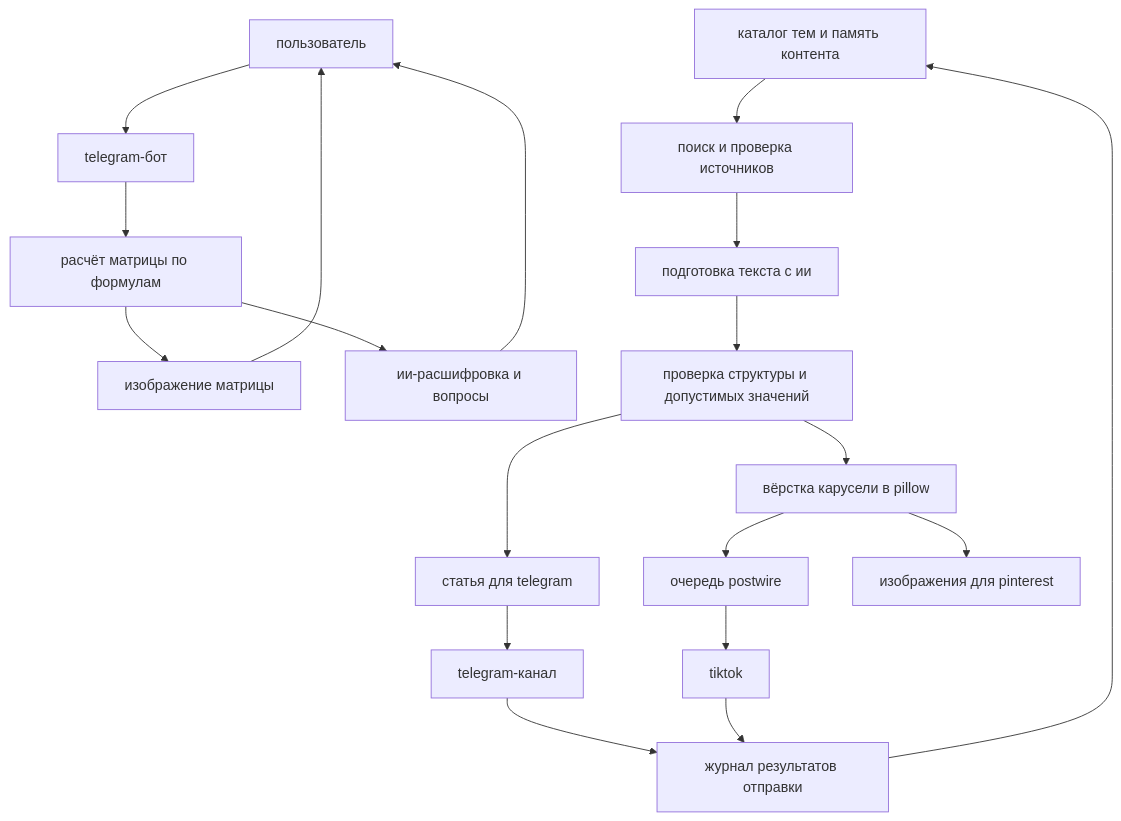
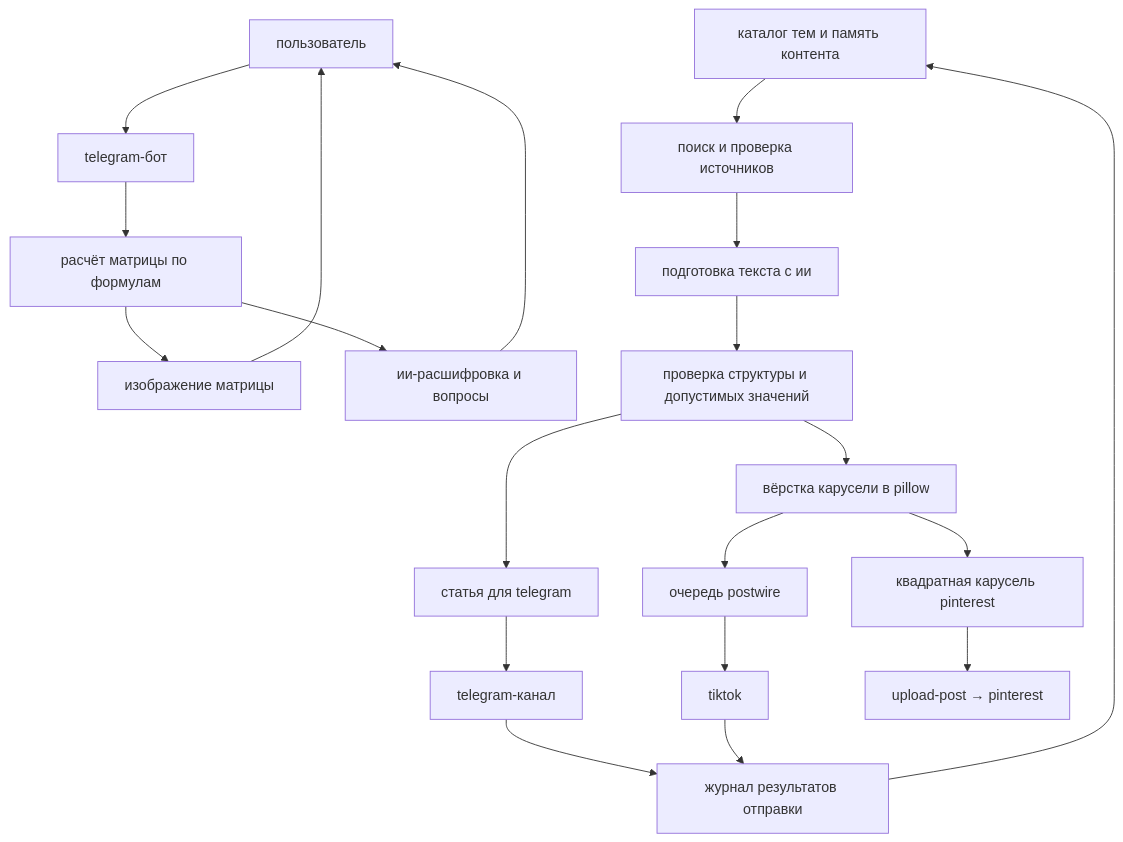
The diagram in README.md (mrgrtglcht/numerology-agent), drawn with Mermaid before and after one commit. The commit also changed other lines of this file and 4 other files, not shown here.

````diff
--- a/README.md
+++ b/README.md
@@ -85,21 +85,22 @@
 ```mermaid
 flowchart TD
     user[пользователь] --> bot[telegram-бот]
     bot --> calc[расчёт матрицы по формулам]
     calc --> image[изображение матрицы]
     calc --> dialog[ии-расшифровка и вопросы]
     image --> user
     dialog --> user
     topics[каталог тем и память контента] --> research[поиск и проверка источников]
     research --> text[подготовка текста с ии]
     text --> checks[проверка структуры и допустимых значений]
     checks --> article[статья для telegram]
     checks --> slides[вёрстка карусели в pillow]
     article --> tg[telegram-канал]
     slides --> postwire[очередь postwire]
     postwire --> tt[tiktok]
-    slides --> pin[изображения для pinterest]
+    slides --> pin[квадратная карусель pinterest]
+    pin --> upload[upload-post → pinterest]
     tg --> history[журнал результатов отправки]
     tt --> history
     history --> topics
 ```
````
